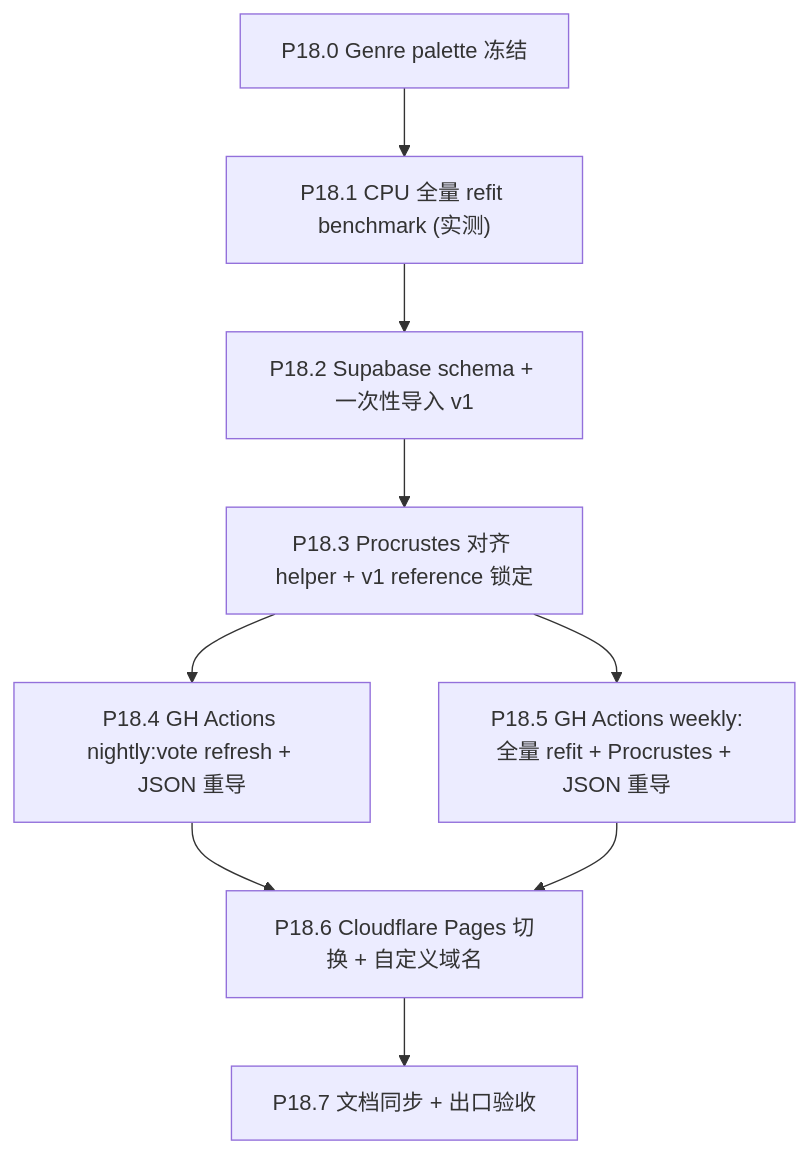
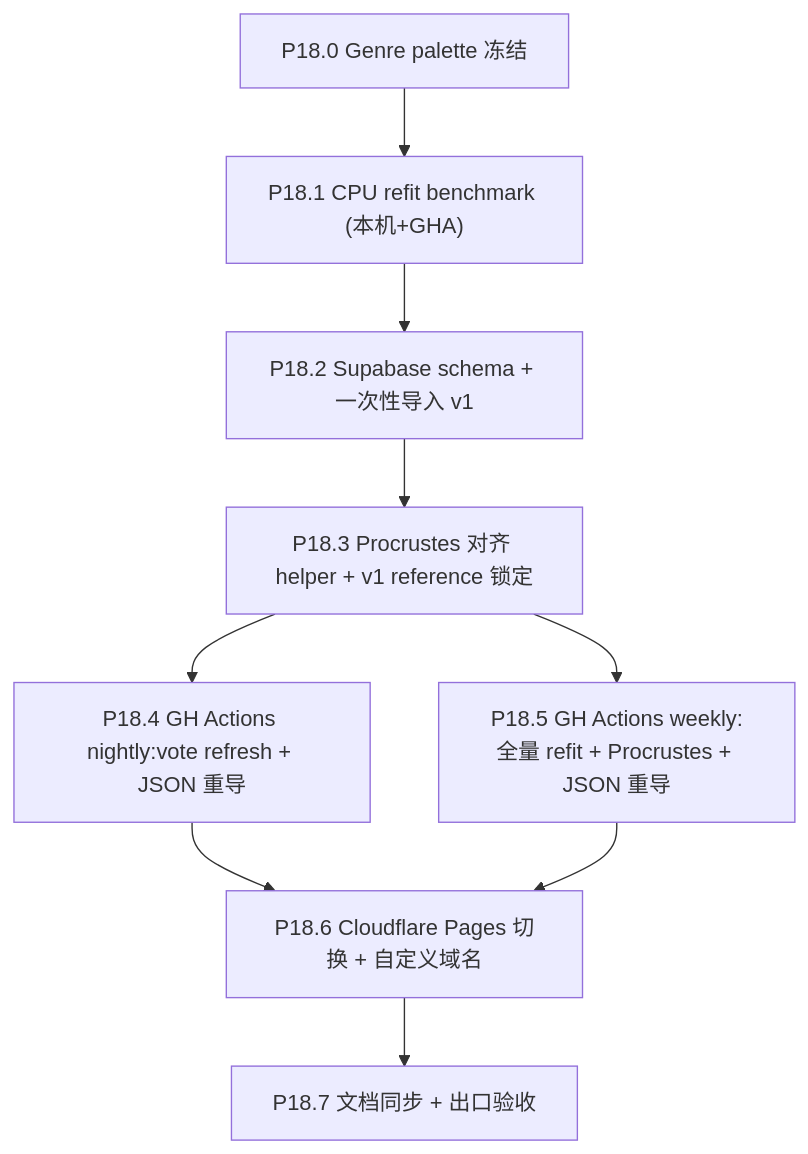
The second of 2 diagrams in .cursor/plans/phase_18_data_infrastructure_9ccb7a3f.plan.md (XYBuilds/chronicle_v3_3d_galaxy), drawn with Mermaid before and after one commit. The commit also changed other lines of this file, not shown here.

````diff
--- a/.cursor/plans/phase_18_data_infrastructure_9ccb7a3f.plan.md
+++ b/.cursor/plans/phase_18_data_infrastructure_9ccb7a3f.plan.md
@@ -91,20 +91,20 @@
 ```mermaid
 flowchart TD
     P180[P18.0 Genre palette 冻结]
-    P181["P18.1 CPU 全量 refit benchmark (实测)"]
+    P181["P18.1 CPU refit benchmark (本机+GHA)"]
     P182[P18.2 Supabase schema + 一次性导入 v1]
     P183[P18.3 Procrustes 对齐 helper + v1 reference 锁定]
     P184[P18.4 GH Actions nightly:vote refresh + JSON 重导]
     P185[P18.5 GH Actions weekly:全量 refit + Procrustes + JSON 重导]
     P186[P18.6 Cloudflare Pages 切换 + 自定义域名]
     P187[P18.7 文档同步 + 出口验收]
 
     P180 --> P181
     P181 --> P182
     P182 --> P183
     P183 --> P184
     P183 --> P185
     P184 --> P186
     P185 --> P186
     P186 --> P187
 ```
````
